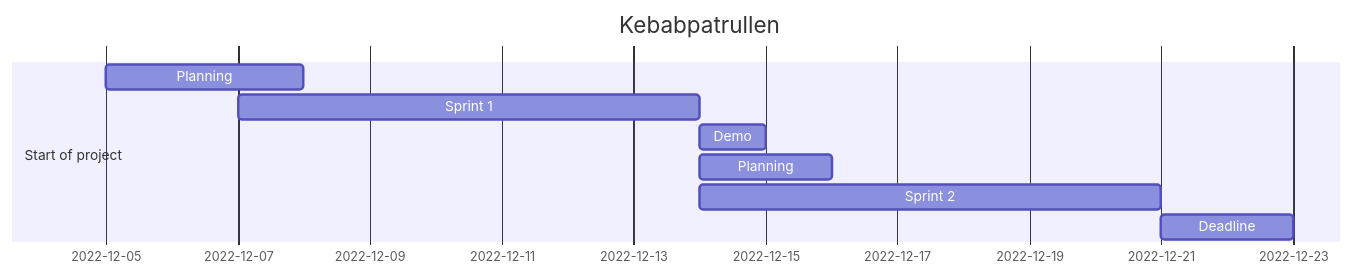
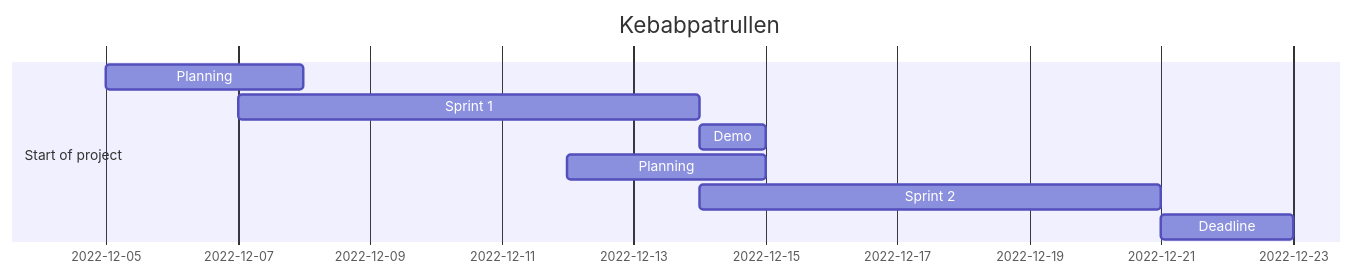
The first of 2 diagrams in README.md (JarlJakobsson/DevOps22-Kebabpatrullen), drawn with Mermaid before and after one commit. The commit also changed other lines of this file and 16 other files, not shown here.

````diff
--- a/README.md
+++ b/README.md
@@ -149,13 +179,13 @@
 ```mermaid
 gantt
 dateFormat  YYYY-MM-DD
 title Kebabpatrullen
 
 section Start of project
 Planning                 :         des1, 2022-12-05, 3d
 Sprint 1                 :         des2, 2022-12-07, 7d
 Demo                     :         des3, 2022-12-14, 1d
-Planning                 :         des4, 2022-12-14, 2d
+Planning                 :         des4, 2022-12-12, 3d
 Sprint 2                 :         des3, after des2, 7d
 Deadline                 :         des4, after des3, 2d
 ```
````
